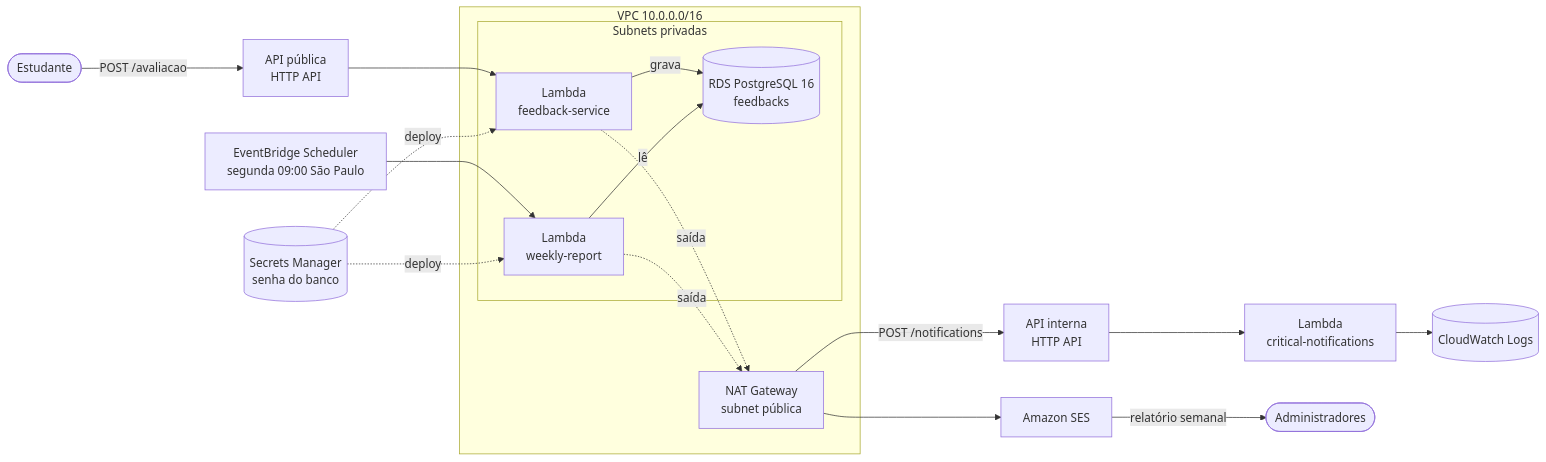
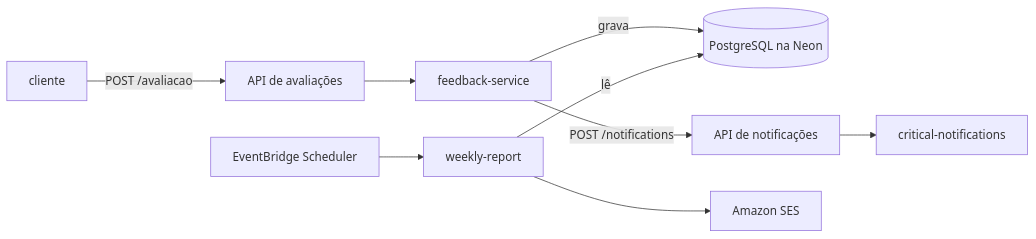
The diagram in infra/README.md (gabrielresan/fiap-tc-4), drawn with Mermaid before and after one commit. The commit also changed other lines of this file and 7 other files, not shown here.

Commit message:
feat: migra o PostgreSQL da aplicação para a Neon

````diff
--- a/infra/README.md
+++ b/infra/README.md
@@ -7,29 +7,9 @@
 ```mermaid
 flowchart LR
-    estudante([Estudante]) -->|POST /avaliacao| feedbackApi[API pública<br/>HTTP API]
-    feedbackApi --> feedback[Lambda<br/>feedback-service]
-
-    subgraph vpc[VPC 10.0.0.0/16]
-        subgraph privada[Subnets privadas]
-            feedback
-            report[Lambda<br/>weekly-report]
-            rds[(RDS PostgreSQL 16<br/>feedbacks)]
-        end
-        nat[NAT Gateway<br/>subnet pública]
-    end
-
-    feedback -->|grava| rds
-    report -->|lê| rds
-    feedback -.->|saída| nat
-    report -.->|saída| nat
-    nat -->|POST /notifications| notificationsApi[API interna<br/>HTTP API]
-    notificationsApi --> critical[Lambda<br/>critical-notifications]
-    critical --> logs[(CloudWatch Logs)]
-
-    scheduler[EventBridge Scheduler<br/>segunda 09:00 São Paulo] --> report
-    nat --> ses[Amazon SES]
-    ses -->|relatório semanal| admin([Administradores])
-
-    secrets[(Secrets Manager<br/>senha do banco)] -.->|deploy| feedback
-    secrets -.->|deploy| report
+    cliente -->|POST /avaliacao| api[API de avaliações] --> feedback[feedback-service]
+    feedback -->|grava| neon[(PostgreSQL na Neon)]
+    feedback -->|POST /notifications| notificacoes[API de notificações] --> critical[critical-notifications]
+    agenda[EventBridge Scheduler] --> report[weekly-report]
+    report -->|lê| neon
+    report --> ses[Amazon SES]
 ```
````
